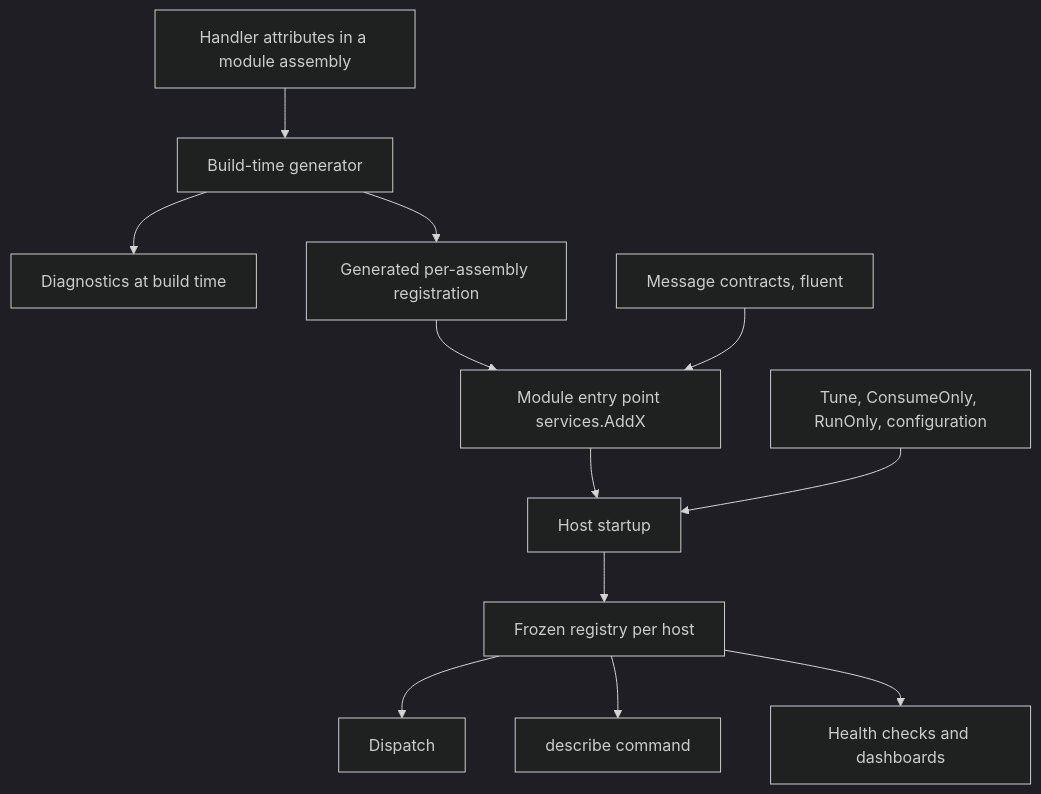
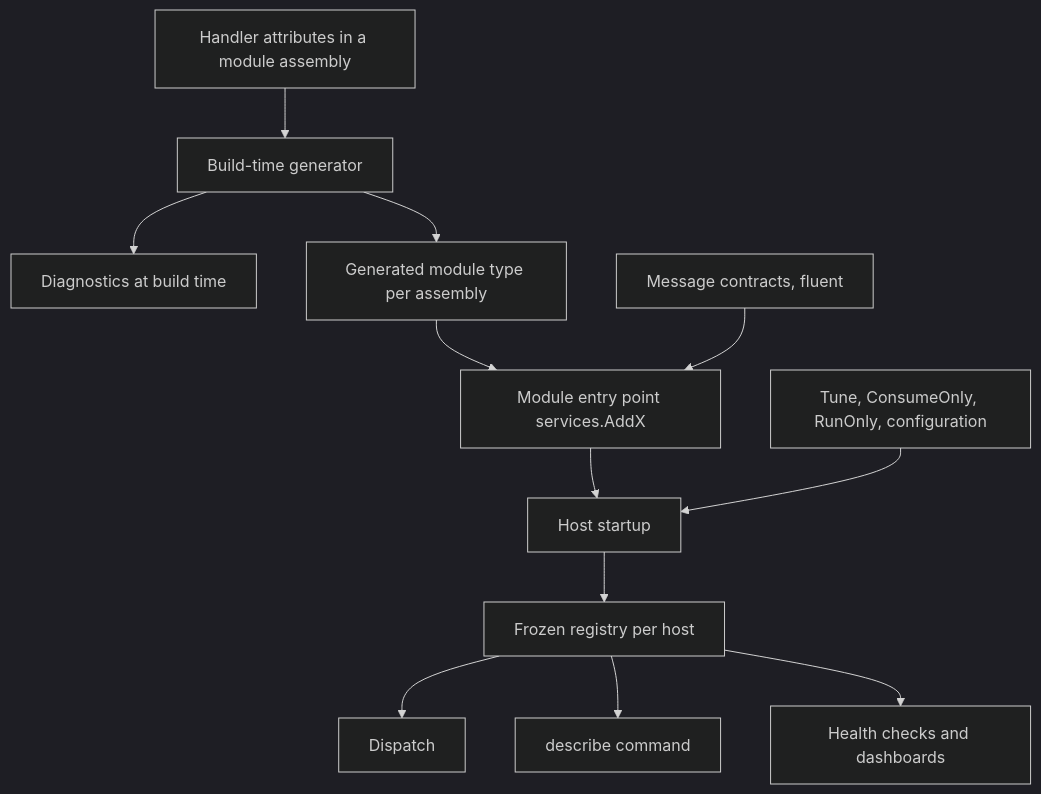
The first of 2 diagrams in docs/plans/2026-09-27-1608-refactor-handler-declaration-registration-plan.md (xshaheen/headless-framework), drawn with Mermaid (dark theme) before and after one commit. The commit also changed other lines of this file and 726 other files, not shown here.

````diff
--- a/docs/plans/2026-09-27-1608-refactor-handler-declaration-registration-plan.md
+++ b/docs/plans/2026-09-27-1608-refactor-handler-declaration-registration-plan.md
@@ -80,14 +90,14 @@
 ```mermaid
 flowchart TB
   A[Handler attributes in a module assembly] --> G[Build-time generator]
   G --> D[Diagnostics at build time]
-  G --> R[Generated per-assembly registration]
+  G --> R[Generated module type per assembly]
   R --> M[Module entry point services.AddX]
   C[Message contracts, fluent] --> M
   M --> H[Host startup]
   T[Tune, ConsumeOnly, RunOnly, configuration] --> H
   H --> F[Frozen registry per host]
   F --> X[Dispatch]
   F --> Y[describe command]
   F --> Z[Health checks and dashboards]
 ```
````
